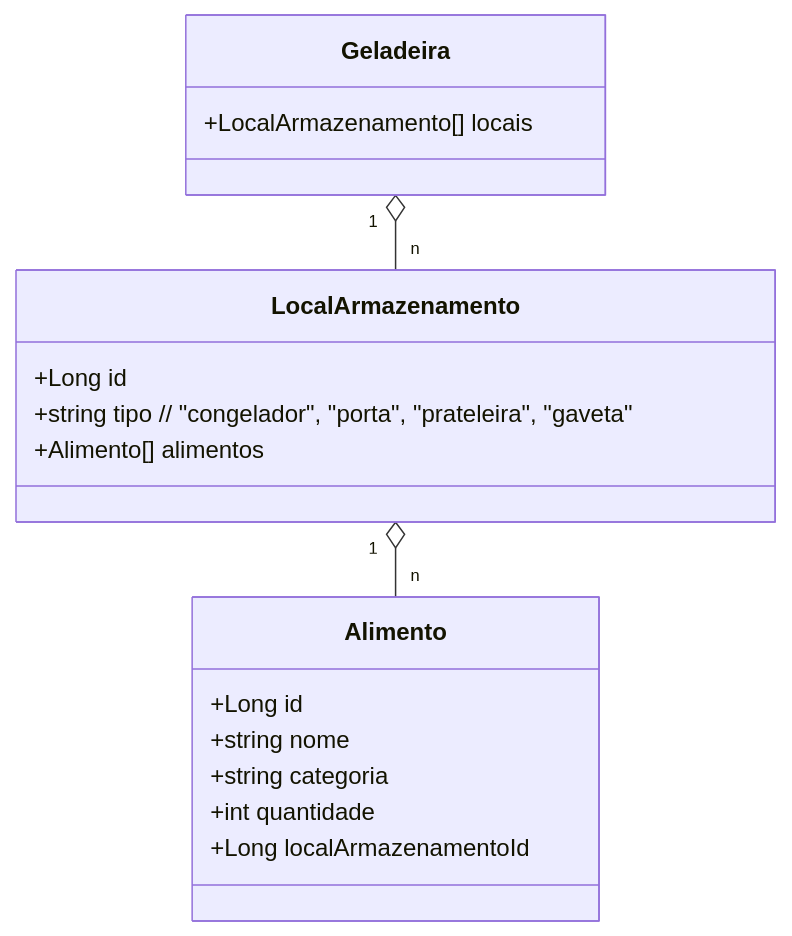
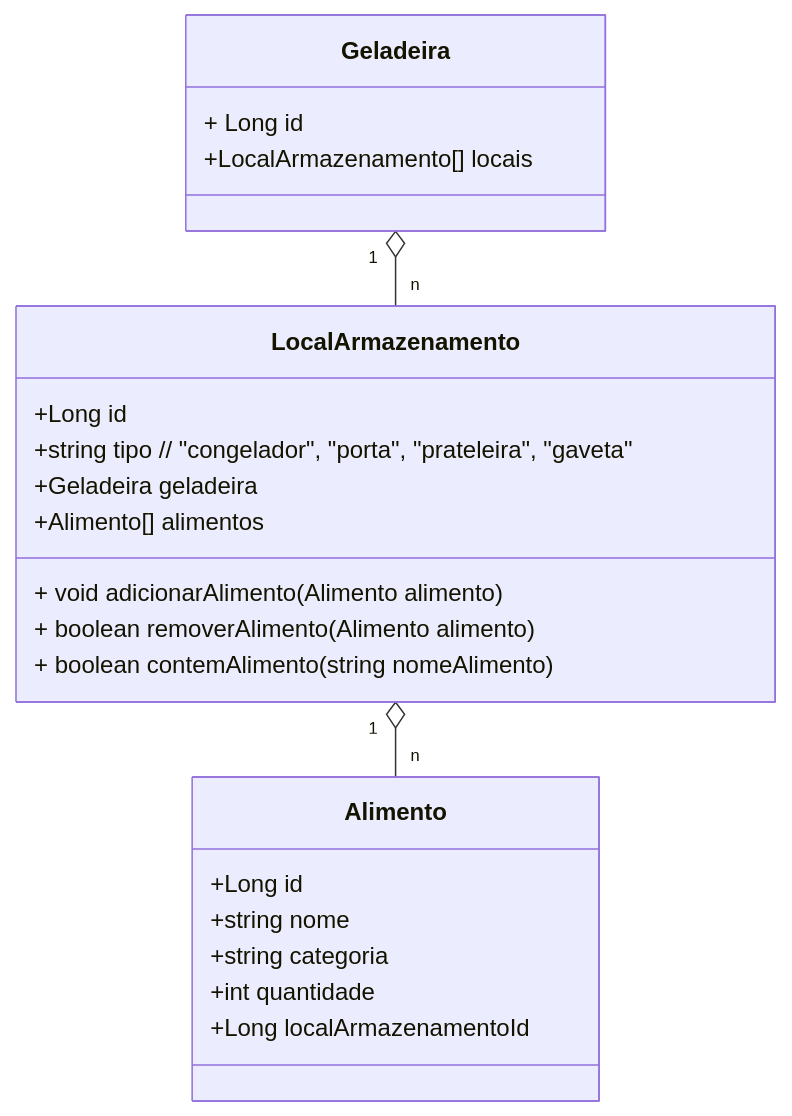
Before and after one commit to lucashonorioo/meu-desafio-dio-RESTFulAPI: the diagram in README.md, drawn with Mermaid.

````diff
--- a/README.md
+++ b/README.md
@@ -6,23 +6,28 @@
 ```mermaid
 classDiagram
     class Geladeira {
+        + Long id
         +LocalArmazenamento[] locais
     }
     
     class LocalArmazenamento {
         +Long id
         +string tipo  // "congelador", "porta", "prateleira", "gaveta"
+        +Geladeira geladeira
         +Alimento[] alimentos
+        + void adicionarAlimento(Alimento alimento)
+        + boolean removerAlimento(Alimento alimento)
+        + boolean contemAlimento(string nomeAlimento)
     }
     
     class Alimento {
         +Long id
         +string nome
         +string categoria
         +int quantidade
         +Long localArmazenamentoId
     }
 
     Geladeira "1" o-- "n" LocalArmazenamento
     LocalArmazenamento "1" o-- "n" Alimento
 ```
````
